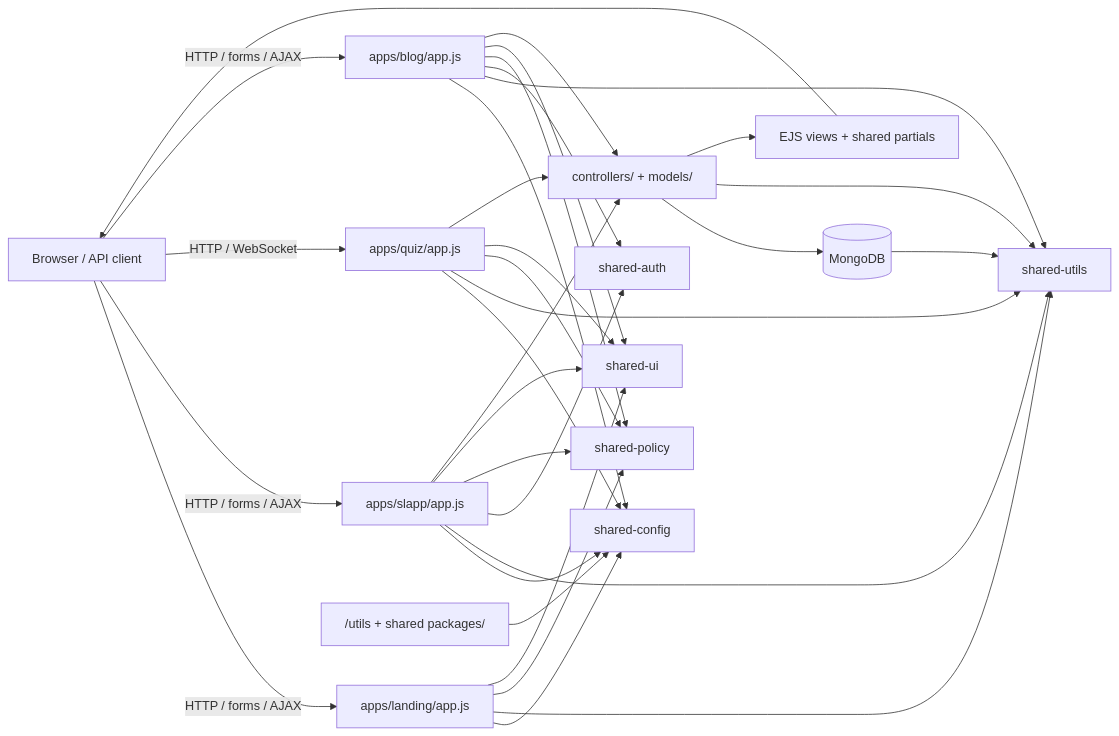
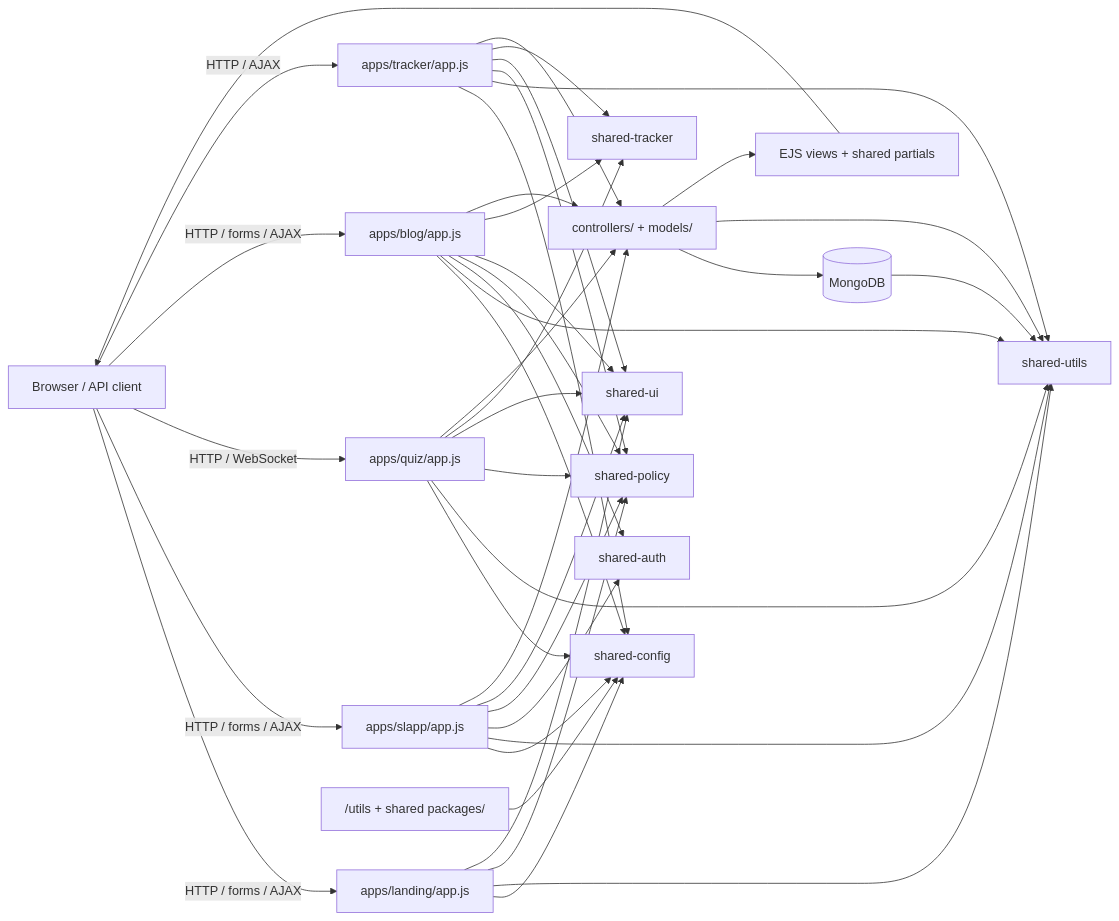
One commit to hutchybop/longrunner-platform changed the first of 4 diagrams in docs/ARCHITECTURE_REFERENCE.md. Above: the diagram before and after it, drawn with Mermaid. The commit also changed other lines of this file and 2 other files, not shown here.

````diff
--- a/docs/ARCHITECTURE_REFERENCE.md
+++ b/docs/ARCHITECTURE_REFERENCE.md
@@ -58,54 +61,66 @@
 ```mermaid
 flowchart LR
     Client[Browser / API client]
     LandingApp[apps/landing/app.js]
     SlappApp[apps/slapp/app.js]
     QuizApp[apps/quiz/app.js]
     BlogApp[apps/blog/app.js]
+    TrackerApp[apps/tracker/app.js]
     SharedMiddleware["/utils + shared packages/"]
     SharedAuth["shared-auth"]
     SharedPolicy["shared-policy"]
     SharedConfig["shared-config"]
     SharedUtils["shared-utils"]
     SharedUi["shared-ui"]
+    SharedTracker["shared-tracker"]
     SharedMiddleware --> SharedConfig
     SubControllers[controllers/ + models/]
     Database[(MongoDB)]
     Views[EJS views + shared partials]
 
     Client -->|HTTP / forms / AJAX| LandingApp
     Client -->|HTTP / forms / AJAX| SlappApp
     Client -->|HTTP / WebSocket| QuizApp
     Client -->|HTTP / forms / AJAX| BlogApp
+    Client -->|HTTP / AJAX| TrackerApp
 
     LandingApp --> SharedConfig
     LandingApp --> SharedUtils
     LandingApp --> SharedPolicy
     LandingApp --> SharedUi
 
     SlappApp --> SharedConfig
     SlappApp --> SharedUtils
     SlappApp --> SharedAuth
     SlappApp --> SharedPolicy
     SlappApp --> SharedUi
 
     QuizApp --> SharedConfig
     QuizApp --> SharedUtils
     QuizApp --> SharedPolicy
     QuizApp --> SharedUi
+    QuizApp --> SharedTracker
 
     BlogApp --> SharedConfig
     BlogApp --> SharedUtils
     BlogApp --> SharedAuth
     BlogApp --> SharedPolicy
     BlogApp --> SharedUi
+    BlogApp --> SharedTracker
+
+    TrackerApp --> SharedConfig
+    TrackerApp --> SharedUtils
+    TrackerApp --> SharedPolicy
+    TrackerApp --> SharedUi
+    TrackerApp --> SharedTracker
 
     SlappApp --> SubControllers
     QuizApp --> SubControllers
     BlogApp --> SubControllers
+    TrackerApp --> SubControllers
     SubControllers --> Database
     SubControllers --> SharedUtils
     SubControllers --> Views
     Views --> Client
     Database --> SharedUtils
 ```
````
